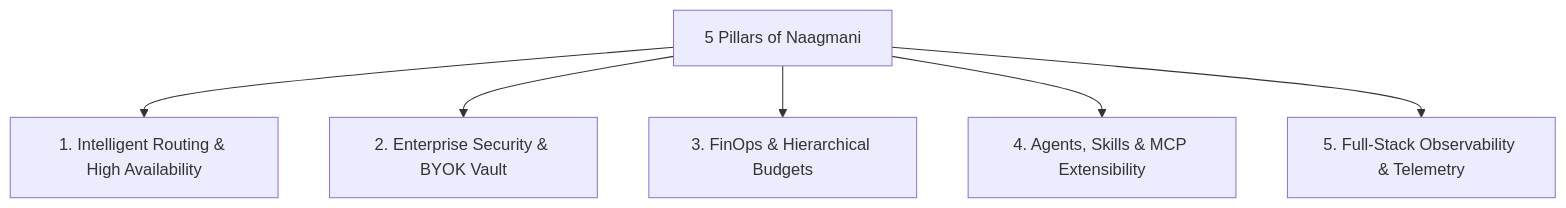
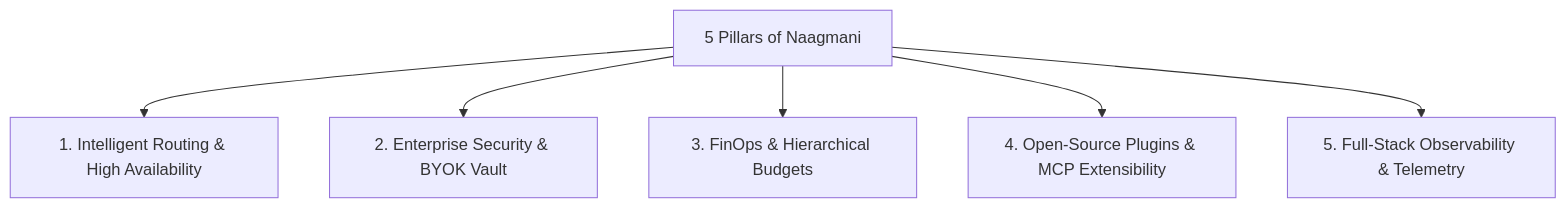
One commit to bhakha-services/naagmani-docs changed the third of 3 diagrams in docs/get-started/what-is-naagmani.md. Above: the diagram before and after it, drawn with Mermaid. The commit also changed other lines of this file and 3 other files, not shown here.

Commit message:
docs: clarify AI OS architecture with Android OS paradigm and open-source plugin ecosystem

````diff
--- a/docs/get-started/what-is-naagmani.md
+++ b/docs/get-started/what-is-naagmani.md
@@ -31,8 +93,8 @@
 ```mermaid
 graph TD
     A["5 Pillars of Naagmani"] --> B["1. Intelligent Routing & High Availability"]
     A --> C["2. Enterprise Security & BYOK Vault"]
     A --> D["3. FinOps & Hierarchical Budgets"]
-    A --> E["4. Agents, Skills & MCP Extensibility"]
+    A --> E["4. Open-Source Plugins & MCP Extensibility"]
     A --> F["5. Full-Stack Observability & Telemetry"]
 ```
````
